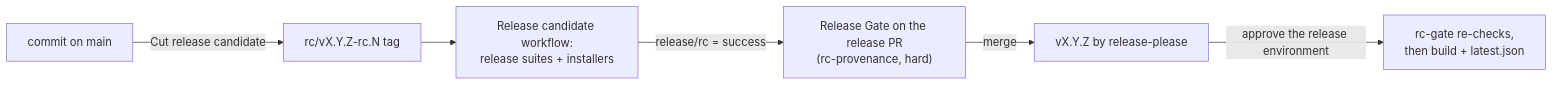
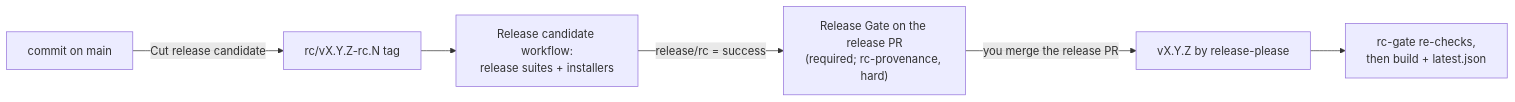
Before and after one commit to platevault/platevault: the diagram in docs/release/release-candidates.md, drawn with Mermaid. The commit also changed other lines of this file and 9 other files, not shown here.

Commit message:
ci(release): address ReviewRC: required Release Gate result job, merge as approval, warm main caches, stamp all versions, recovery

````diff
--- a/docs/release/release-candidates.md
+++ b/docs/release/release-candidates.md
@@ -5,8 +5,8 @@
 ```mermaid
 flowchart LR
   main[commit on main] -->|Cut release candidate| rc["rc/vX.Y.Z-rc.N tag"]
   rc --> suites["Release candidate workflow:\nrelease suites + installers"]
-  suites -->|release/rc = success| gate["Release Gate on the release PR\n(rc-provenance, hard)"]
-  gate -->|merge| release["vX.Y.Z by release-please"]
-  release -->|approve the release environment| build["rc-gate re-checks,\nthen build + latest.json"]
+  suites -->|release/rc = success| gate["Release Gate on the release PR\n(required; rc-provenance, hard)"]
+  gate -->|you merge the release PR| release["vX.Y.Z by release-please"]
+  release --> build["rc-gate re-checks,\nthen build + latest.json"]
 ```
````
